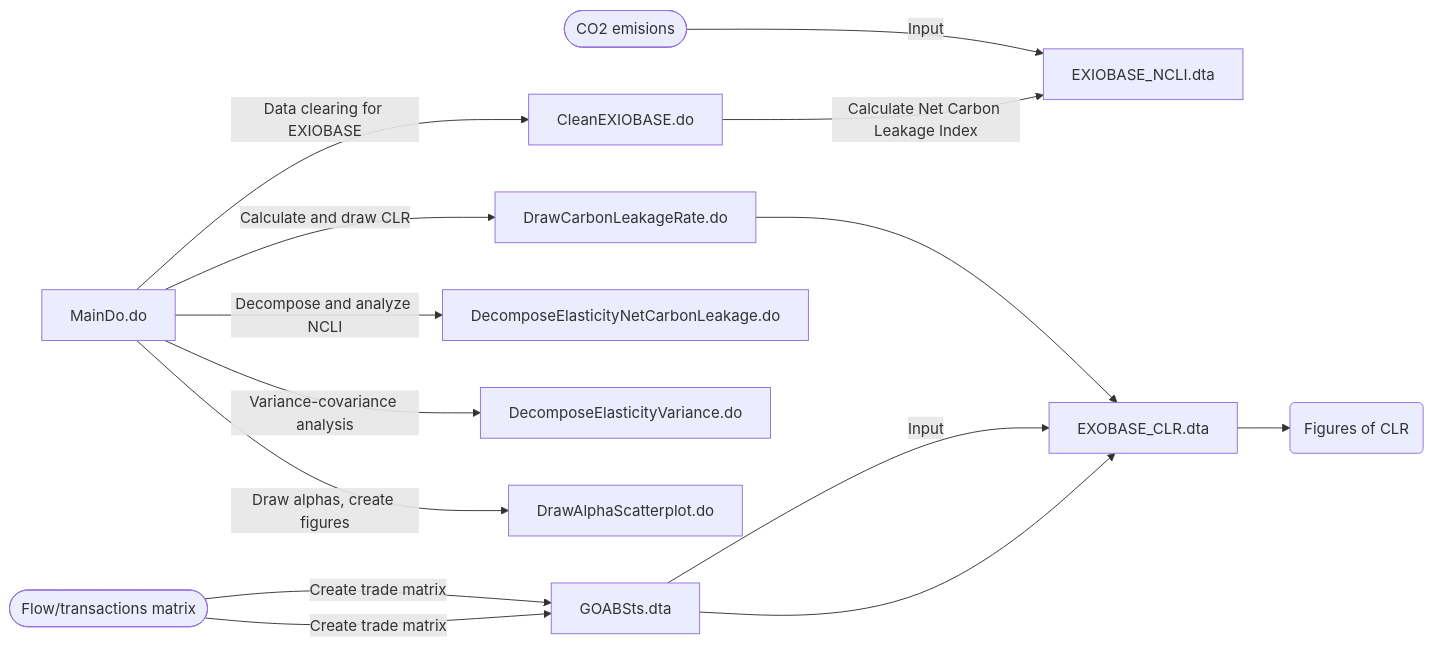
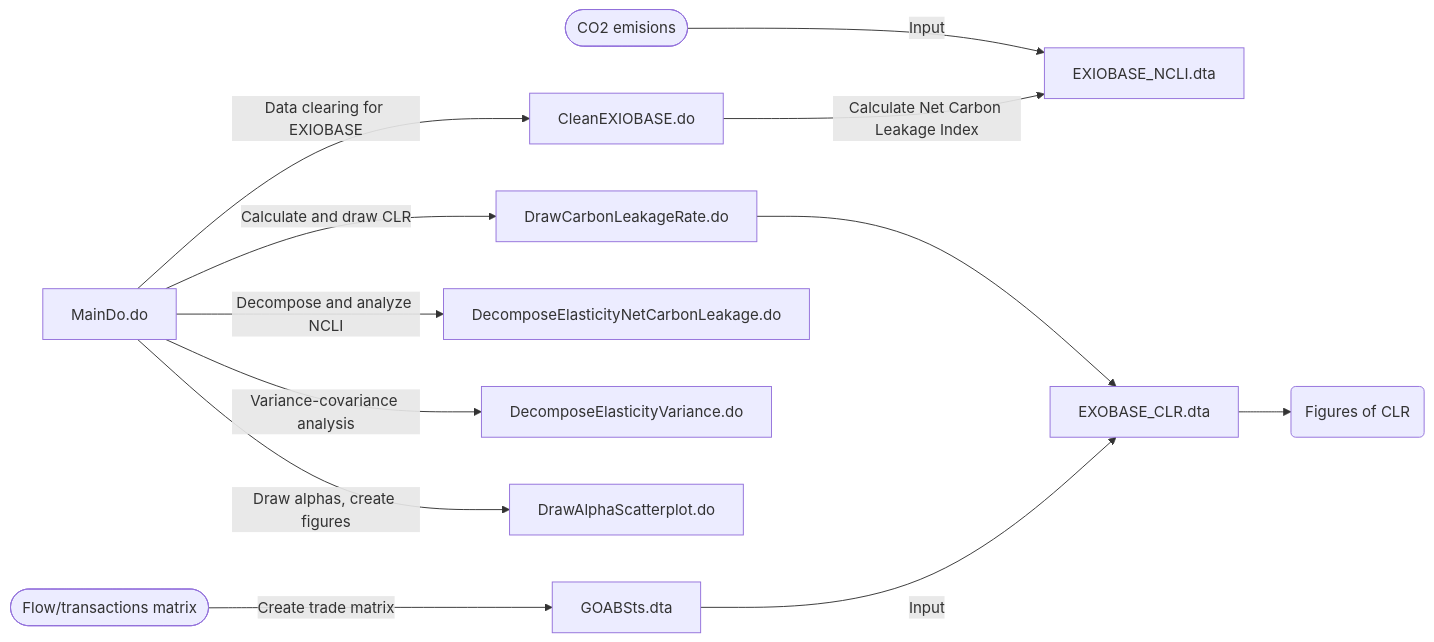
The diagram in README.md (AkariOno/Trade_Carbon), drawn with Mermaid before and after one commit.

````diff
--- a/README.md
+++ b/README.md
@@ -17,17 +17,15 @@
 ```mermaid
 graph LR;
     A[MainDo.do] --> |Data clearing for EXIOBASE|B[CleanEXIOBASE.do]
     C([Flow/transactions matrix]) --> |Create trade matrix|K[GOABSts.dta]
     E([CO2 emisions]) --> |Input|D[EXIOBASE_NCLI.dta]
     B --> |Calculate Net Carbon Leakage Index|D
     A --> |Decompose and analyze NCLI|F[DecomposeElasticityNetCarbonLeakage.do]
     A --> |Variance-covariance analysis|G[DecomposeElasticityVariance.do]
     A --> |Draw alphas, create figures|H[DrawAlphaScatterplot.do]
     A --> |Calculate and draw CLR|I[DrawCarbonLeakageRate.do]
     I --> J[EXOBASE_CLR.dta]
-    C --> |Create trade matrix|K[GOABSts.dta]
     K --> |Input|J
-    K --> J
     J --> L(Figures of CLR)
    
 ```
````
